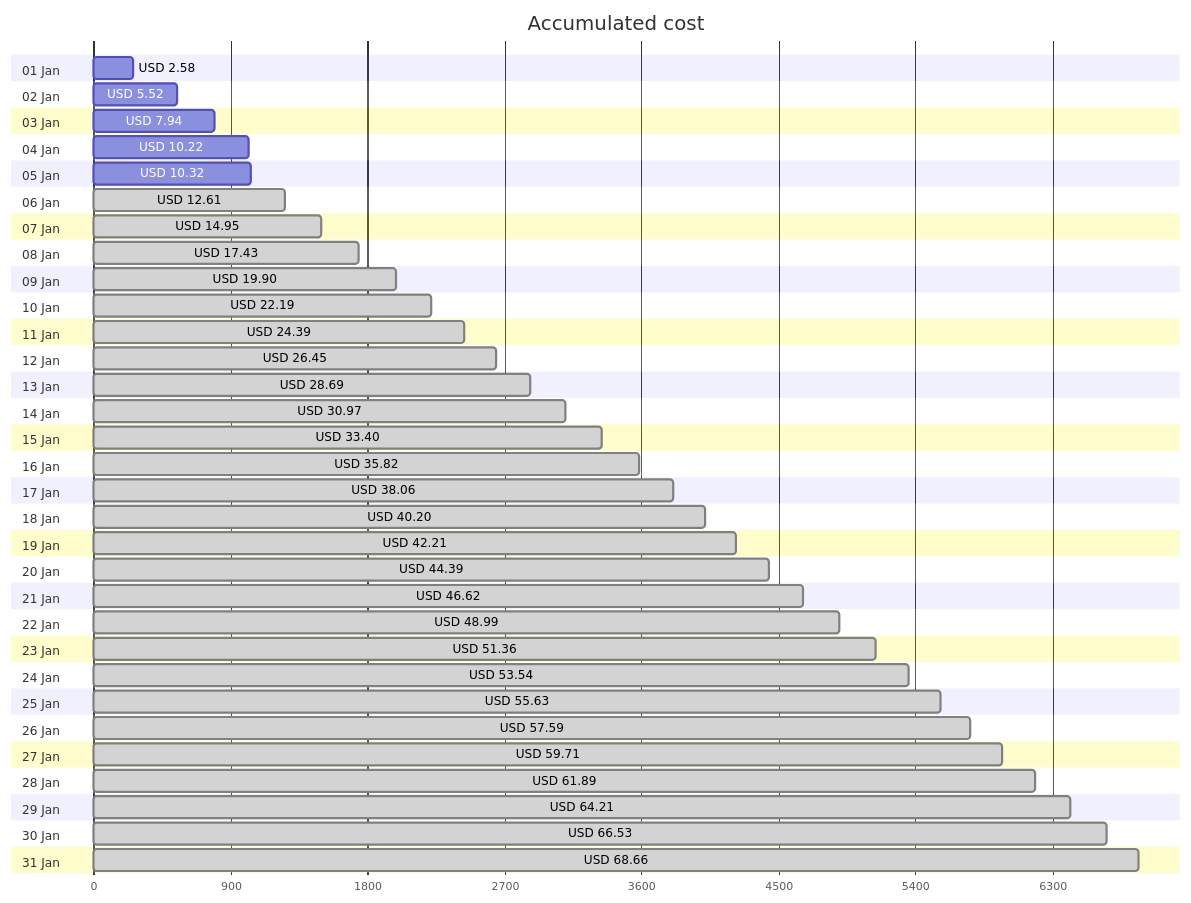
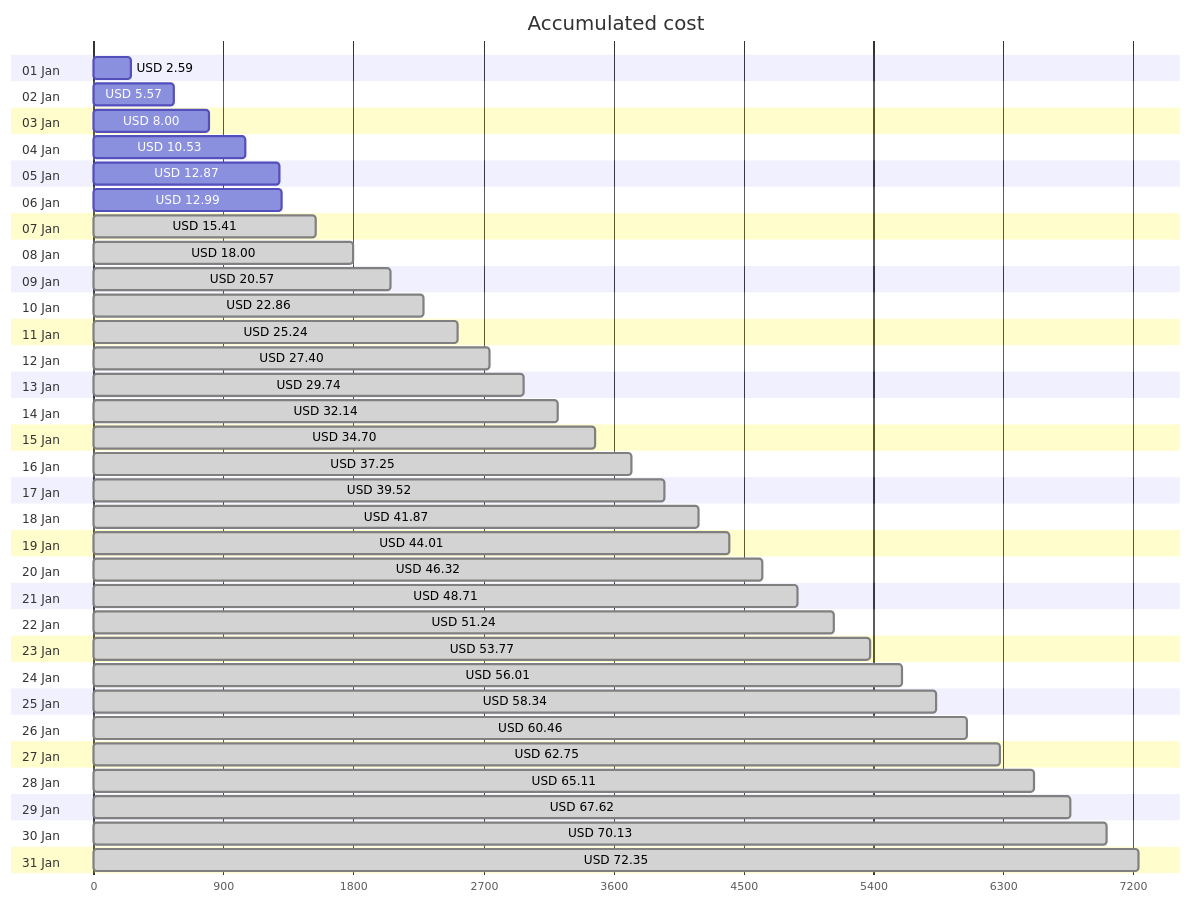
Before and after one commit to jpfulton/azure-personal-reports: the first of 4 diagrams in cost-reports/accumulated-cost.md, drawn with Mermaid. The commit also changed other lines of this file and 4 other files, not shown here.

````diff
--- a/cost-reports/accumulated-cost.md
+++ b/cost-reports/accumulated-cost.md
@@ -20,68 +20,68 @@
 ```mermaid
 gantt
    title Accumulated cost
    dateFormat  X
    axisFormat %s
    section 01 Jan
-   USD 2.58 :0, 258
+   USD 2.59 :0, 259
    section 02 Jan
-   USD 5.52 :0, 552
+   USD 5.57 :0, 557
    section 03 Jan
-   USD 7.94 :0, 794
+   USD 8.00 :0, 800
    section 04 Jan
-   USD 10.22 :0, 1022
+   USD 10.53 :0, 1053
    section 05 Jan
-   USD 10.32 :0, 1032
+   USD 12.87 :0, 1287
    section 06 Jan
-   USD 12.61 : done, 0, 1261
+   USD 12.99 :0, 1299
    section 07 Jan
-   USD 14.95 : done, 0, 1495
+   USD 15.41 : done, 0, 1541
    section 08 Jan
-   USD 17.43 : done, 0, 1743
+   USD 18.00 : done, 0, 1800
    section 09 Jan
-   USD 19.90 : done, 0, 1990
+   USD 20.57 : done, 0, 2057
    section 10 Jan
-   USD 22.19 : done, 0, 2219
+   USD 22.86 : done, 0, 2286
    section 11 Jan
-   USD 24.39 : done, 0, 2439
+   USD 25.24 : done, 0, 2524
    section 12 Jan
-   USD 26.45 : done, 0, 2645
+   USD 27.40 : done, 0, 2740
    section 13 Jan
-   USD 28.69 : done, 0, 2869
+   USD 29.74 : done, 0, 2974
    section 14 Jan
-   USD 30.97 : done, 0, 3097
+   USD 32.14 : done, 0, 3214
    section 15 Jan
-   USD 33.40 : done, 0, 3340
+   USD 34.70 : done, 0, 3470
    section 16 Jan
-   USD 35.82 : done, 0, 3582
+   USD 37.25 : done, 0, 3725
    section 17 Jan
-   USD 38.06 : done, 0, 3806
+   USD 39.52 : done, 0, 3952
    section 18 Jan
-   USD 40.20 : done, 0, 4020
+   USD 41.87 : done, 0, 4187
    section 19 Jan
-   USD 42.21 : done, 0, 4221
+   USD 44.01 : done, 0, 4401
    section 20 Jan
-   USD 44.39 : done, 0, 4439
+   USD 46.32 : done, 0, 4632
    section 21 Jan
-   USD 46.62 : done, 0, 4662
+   USD 48.71 : done, 0, 4871
    section 22 Jan
-   USD 48.99 : done, 0, 4899
+   USD 51.24 : done, 0, 5124
    section 23 Jan
-   USD 51.36 : done, 0, 5136
+   USD 53.77 : done, 0, 5377
    section 24 Jan
-   USD 53.54 : done, 0, 5354
+   USD 56.01 : done, 0, 5601
    section 25 Jan
-   USD 55.63 : done, 0, 5563
+   USD 58.34 : done, 0, 5834
    section 26 Jan
-   USD 57.59 : done, 0, 5759
+   USD 60.46 : done, 0, 6046
    section 27 Jan
-   USD 59.71 : done, 0, 5971
+   USD 62.75 : done, 0, 6275
    section 28 Jan
-   USD 61.89 : done, 0, 6189
+   USD 65.11 : done, 0, 6511
    section 29 Jan
-   USD 64.21 : done, 0, 6421
+   USD 67.62 : done, 0, 6762
    section 30 Jan
-   USD 66.53 : done, 0, 6653
+   USD 70.13 : done, 0, 7013
    section 31 Jan
-   USD 68.66 : done, 0, 6866
+   USD 72.35 : done, 0, 7235
 ```
````
